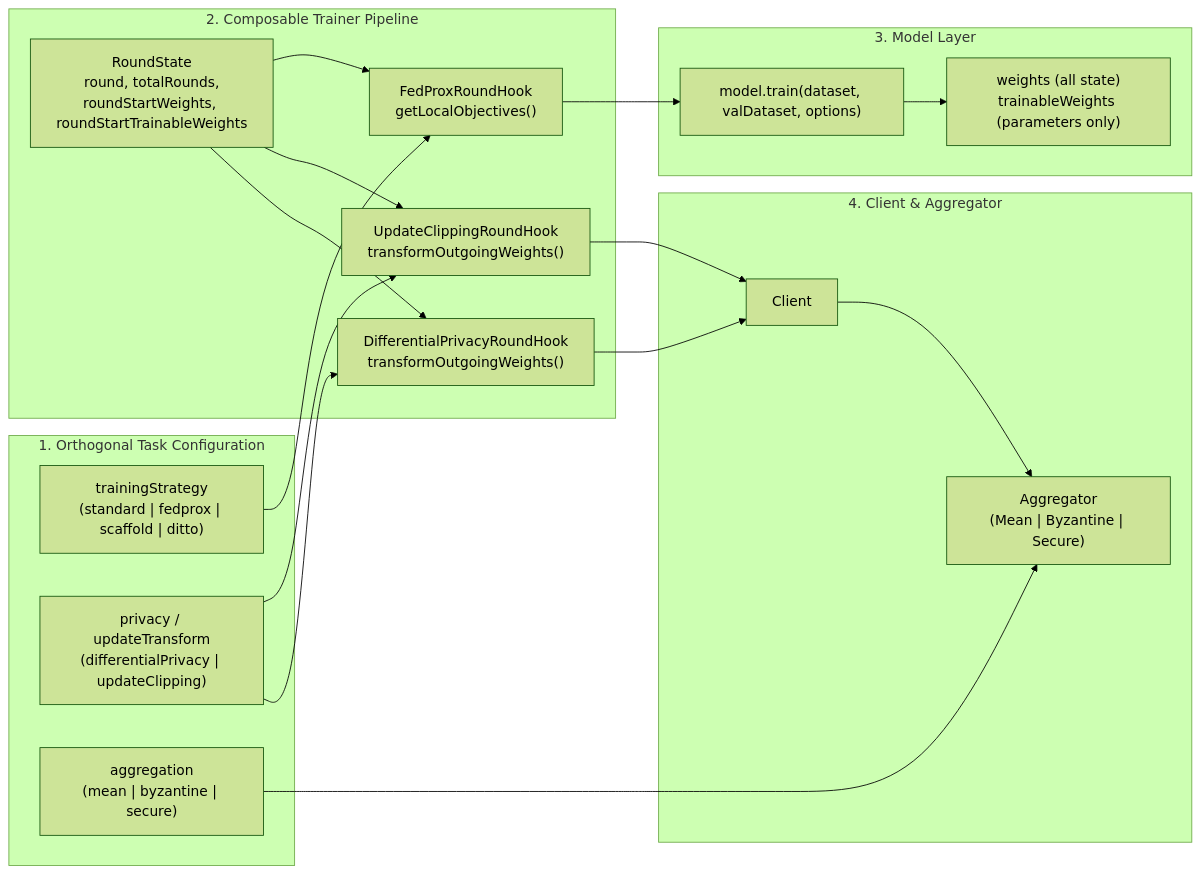
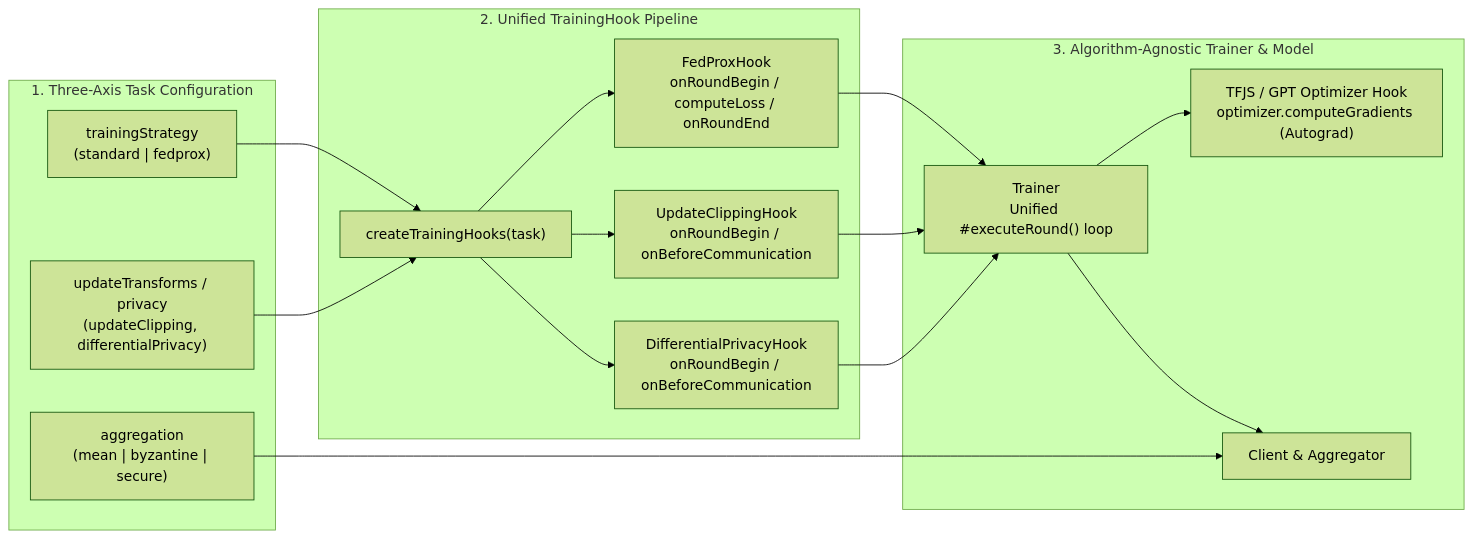
One commit to epfml/disco changed the second of 3 diagrams in docs/TRAINING_ARCHITECTURE.md. Above: the diagram before and after it, drawn with Mermaid (forest theme). The commit also changed other lines of this file, not shown here.

Commit message:
docs: refine architecture with unified TrainingHook and autograd loss hooks

````diff
--- a/docs/TRAINING_ARCHITECTURE.md
+++ b/docs/TRAINING_ARCHITECTURE.md
@@ -95,38 +90,33 @@
 ```mermaid
 flowchart LR
-    subgraph Config["1. Orthogonal Task Configuration"]
-        TS["trainingStrategy<br/>(standard | fedprox | scaffold | ditto)"]
-        UT["privacy / updateTransform<br/>(differentialPrivacy | updateClipping)"]
+    subgraph Config["1. Three-Axis Task Configuration"]
+        TS["trainingStrategy<br/>(standard | fedprox)"]
+        UT["updateTransforms / privacy<br/>(updateClipping, differentialPrivacy)"]
         AG["aggregation<br/>(mean | byzantine | secure)"]
     end
 
-    subgraph TrainerCore["2. Composable Trainer Pipeline"]
-        RS["RoundState<br/>round, totalRounds,<br/>roundStartWeights, roundStartTrainableWeights"]
-        H1["FedProxRoundHook<br/>getLocalObjectives()"]
-        H2["UpdateClippingRoundHook<br/>transformOutgoingWeights()"]
-        H3["DifferentialPrivacyRoundHook<br/>transformOutgoingWeights()"]
-        RS --> H1
-        RS --> H2
-        RS --> H3
+    subgraph HookPipeline["2. Unified TrainingHook Pipeline"]
+        HF["createTrainingHooks(task)"]
+        H1["FedProxHook<br/>onRoundBegin / computeLoss / onRoundEnd"]
+        H2["UpdateClippingHook<br/>onRoundBegin / onBeforeCommunication"]
+        H3["DifferentialPrivacyHook<br/>onRoundBegin / onBeforeCommunication"]
+        HF --> H1
+        HF --> H2
+        HF --> H3
     end
 
-    subgraph ModelCore["3. Model<D> Layer"]
-        MW["weights (all state)<br/>trainableWeights (parameters only)"]
-        MT["model.train(dataset, valDataset, options)"]
+    subgraph Execution["3. Algorithm-Agnostic Trainer & Model"]
+        TR["Trainer<br/>Unified #executeRound() loop"]
+        OPT["TFJS / GPT Optimizer Hook<br/>optimizer.computeGradients (Autograd)"]
+        CL["Client & Aggregator"]
+        TR --> OPT
+        TR --> CL
     end
 
-    subgraph NetworkCore["4. Client & Aggregator"]
-        CL["Client<N>"]
-        AGG["Aggregator<br/>(Mean | Byzantine | Secure)"]
-        CL --> AGG
-    end
-
-    TS --> H1
-    UT --> H2
-    UT --> H3
-    AG --> AGG
-    H1 --> MT
-    MT --> MW
-    H2 --> CL
-    H3 --> CL
+    TS --> HF
+    UT --> HF
+    AG --> CL
+    H1 --> TR
+    H2 --> TR
+    H3 --> TR
 ```
````
